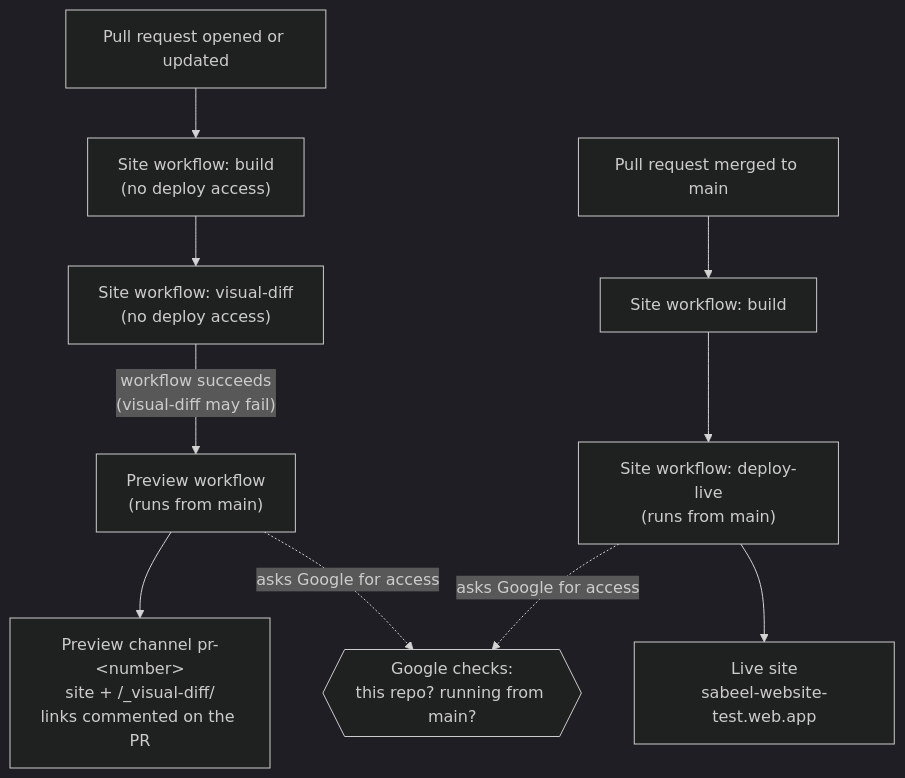
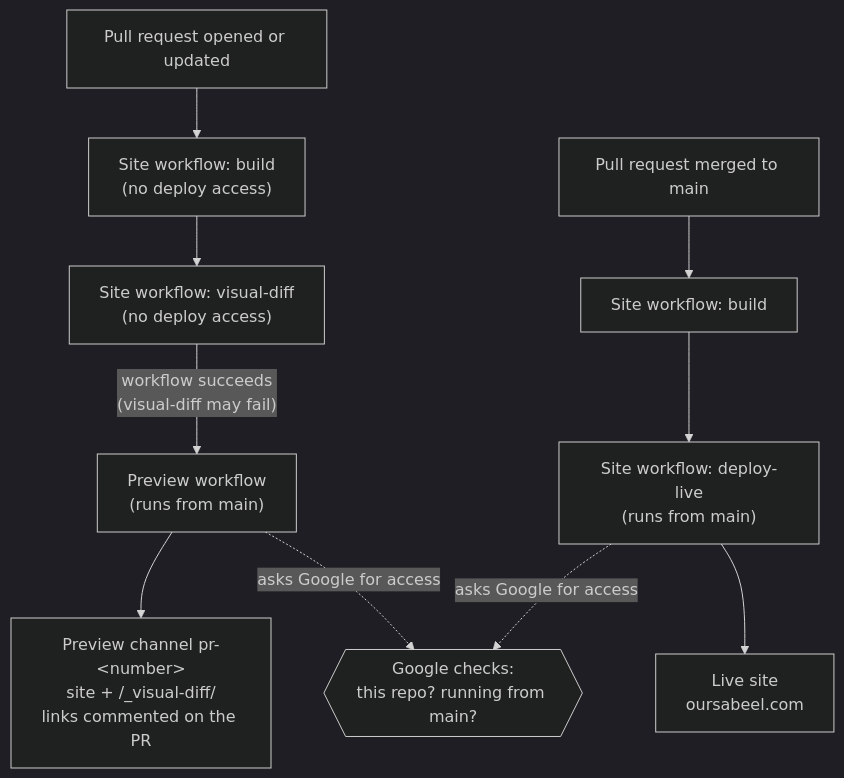
Before and after one commit to Sabeel-Institute/sabeel-website-test: the first of 2 diagrams in docs/deployment.md, drawn with Mermaid (dark theme). The commit also changed other lines of this file and 10 other files, not shown here.

First line of the commit message:
feat: launch on oursabeel.com

````diff
--- a/docs/deployment.md
+++ b/docs/deployment.md
@@ -13,12 +13,12 @@
 ```mermaid
 flowchart TB
   PR["Pull request opened or updated"] --> SB["Site workflow: build<br/>(no deploy access)"]
   SB --> SV["Site workflow: visual-diff<br/>(no deploy access)"]
   SV -- "workflow succeeds<br/>(visual-diff may fail)" --> PV["Preview workflow<br/>(runs from main)"]
   PV --> CH["Preview channel pr-&lt;number&gt;<br/>site + /_visual-diff/<br/>links commented on the PR"]
   M["Pull request merged to main"] --> SM["Site workflow: build"]
   SM --> DL["Site workflow: deploy-live<br/>(runs from main)"]
-  DL --> LIVE["Live site<br/>sabeel-website-test.web.app"]
+  DL --> LIVE["Live site<br/>oursabeel.com"]
   PV -. "asks Google for access" .-> G{{"Google checks:<br/>this repo? running from main?"}}
   DL -. "asks Google for access" .-> G
 ```
````
